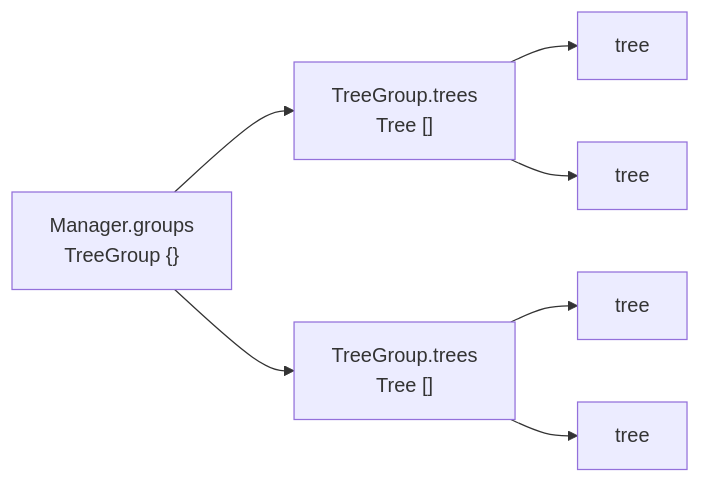
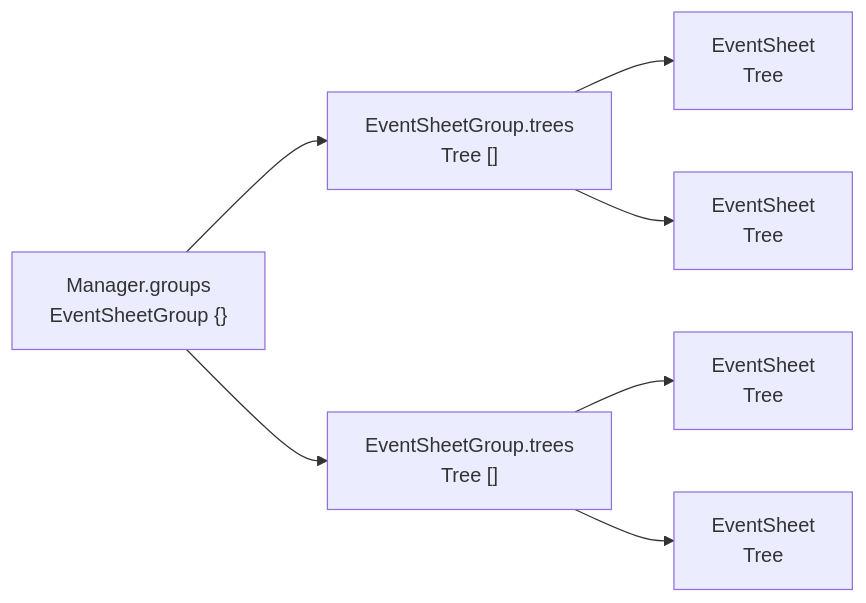
Before and after one commit to rexrainbow/phaser3-rex-notes: the first of 2 diagrams in plugins/logic/eventsheets/eventsheetmanager/readme.md, drawn with Mermaid. The commit also changed other lines of this file and 36 other files, not shown here.

````diff
--- a/plugins/logic/eventsheets/eventsheetmanager/readme.md
+++ b/plugins/logic/eventsheets/eventsheetmanager/readme.md
@@ -5,12 +5,12 @@
 ```mermaid
 graph LR
 
-TreeGroups["Manager.groups<br>TreeGroup {}"] --> TreeGroupDefault["TreeGroup.trees<br>Tree []"]
-TreeGroups --> TreeGroup0["TreeGroup.trees<br>Tree []"]
+EventSheetGroups["Manager.groups<br>EventSheetGroup {}"] --> EventSheetGroupDefault["EventSheetGroup.trees<br>Tree []"]
+EventSheetGroups --> EventSheetGroup0["EventSheetGroup.trees<br>Tree []"]
 
-TreeGroupDefault --> Tree0["tree"]
-TreeGroupDefault --> Tree1["tree"]
+EventSheetGroupDefault --> Tree0["EventSheet<br>Tree"]
+EventSheetGroupDefault --> Tree1["EventSheet<br>Tree"]
 
-TreeGroup0 --> Tree2["tree"]
-TreeGroup0 --> Tree3["tree"]
+EventSheetGroup0 --> Tree2["EventSheet<br>Tree"]
+EventSheetGroup0 --> Tree3["EventSheet<br>Tree"]
 ```
````
